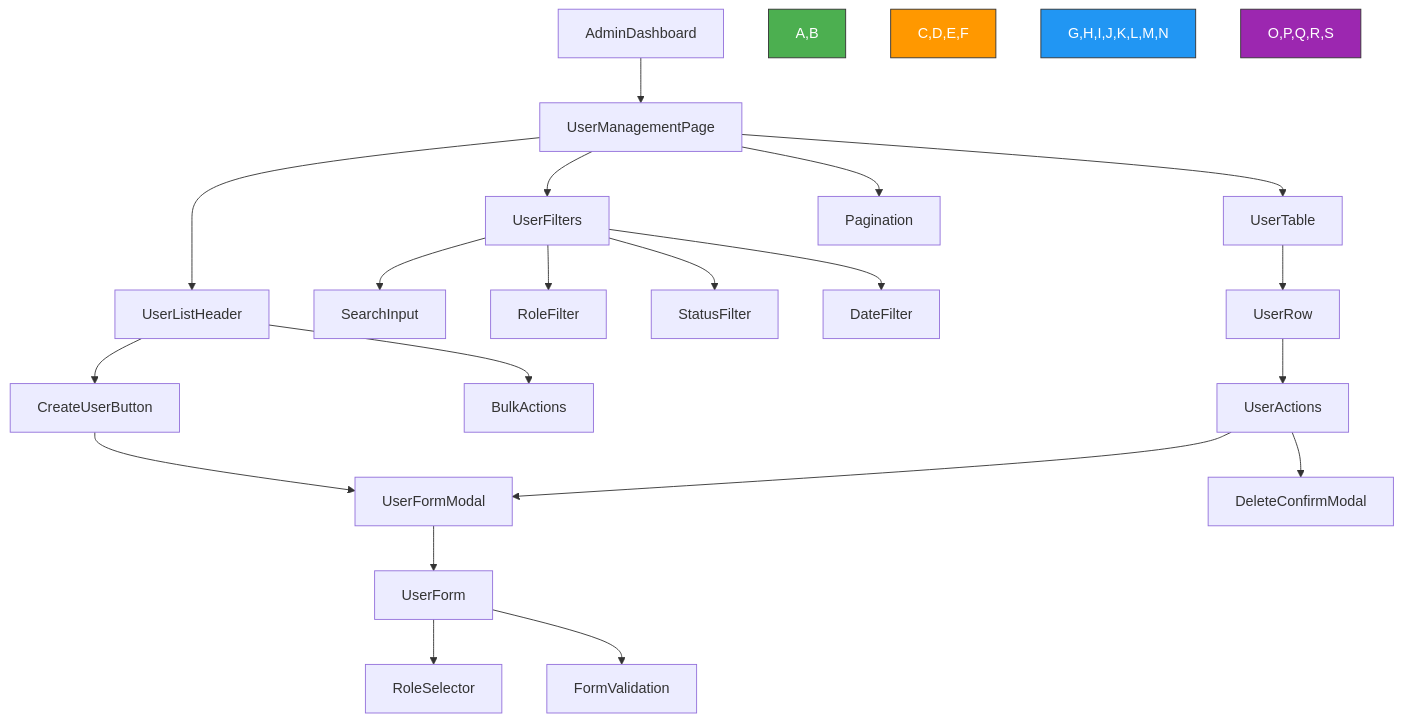
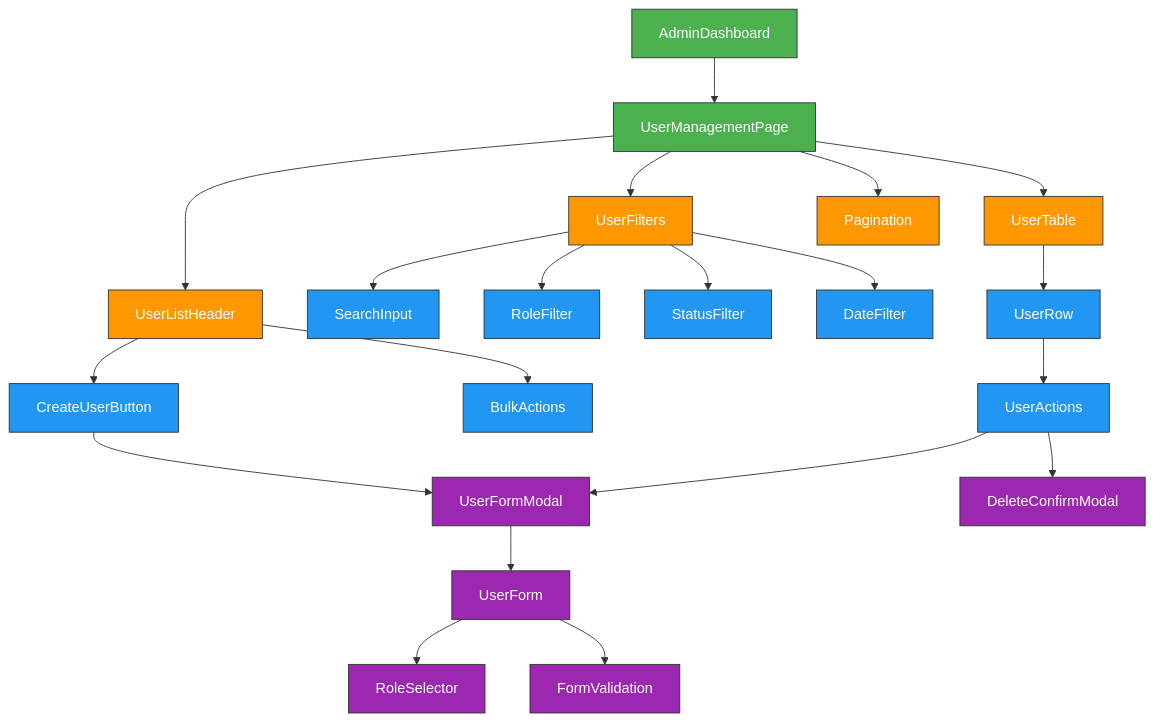
One commit to TuPhung369/Haaga_Backend_Programming changed the seventh of 7 diagrams in TuPhung_Docs/docs/frontend/user-management.md. Above: the diagram before and after it, drawn with Mermaid. The commit also changed other lines of this file and 25 other files, not shown here.

````diff
--- a/TuPhung_Docs/docs/frontend/user-management.md
+++ b/TuPhung_Docs/docs/frontend/user-management.md
@@ -366,33 +372,38 @@
 ```mermaid
 flowchart TD
     A[AdminDashboard] --> B[UserManagementPage]
 
     B --> C[UserListHeader]
     B --> D[UserFilters]
     B --> E[UserTable]
     B --> F[Pagination]
 
     C --> G[CreateUserButton]
     C --> H[BulkActions]
 
     D --> I[SearchInput]
     D --> J[RoleFilter]
     D --> K[StatusFilter]
     D --> L[DateFilter]
 
     E --> M[UserRow]
     M --> N[UserActions]
 
     G --> O[UserFormModal]
     N --> O
     N --> P[DeleteConfirmModal]
 
     O --> Q[UserForm]
     Q --> R[RoleSelector]
     Q --> S[FormValidation]
 
-    style A,B fill:#4CAF50,stroke:#333,stroke-width:1px,color:#fff
-    style C,D,E,F fill:#FF9800,stroke:#333,stroke-width:1px,color:#fff
-    style G,H,I,J,K,L,M,N fill:#2196F3,stroke:#333,stroke-width:1px,color:#fff
-    style O,P,Q,R,S fill:#9C27B0,stroke:#333,stroke-width:1px,color:#fff
+    classDef pages fill:#4CAF50,stroke:#333,stroke-width:1px,color:#fff
+    classDef sections fill:#FF9800,stroke:#333,stroke-width:1px,color:#fff
+    classDef controls fill:#2196F3,stroke:#333,stroke-width:1px,color:#fff
+    classDef modals fill:#9C27B0,stroke:#333,stroke-width:1px,color:#fff
+
+    class A,B pages
+    class C,D,E,F sections
+    class G,H,I,J,K,L,M,N controls
+    class O,P,Q,R,S modals
 ```
````
